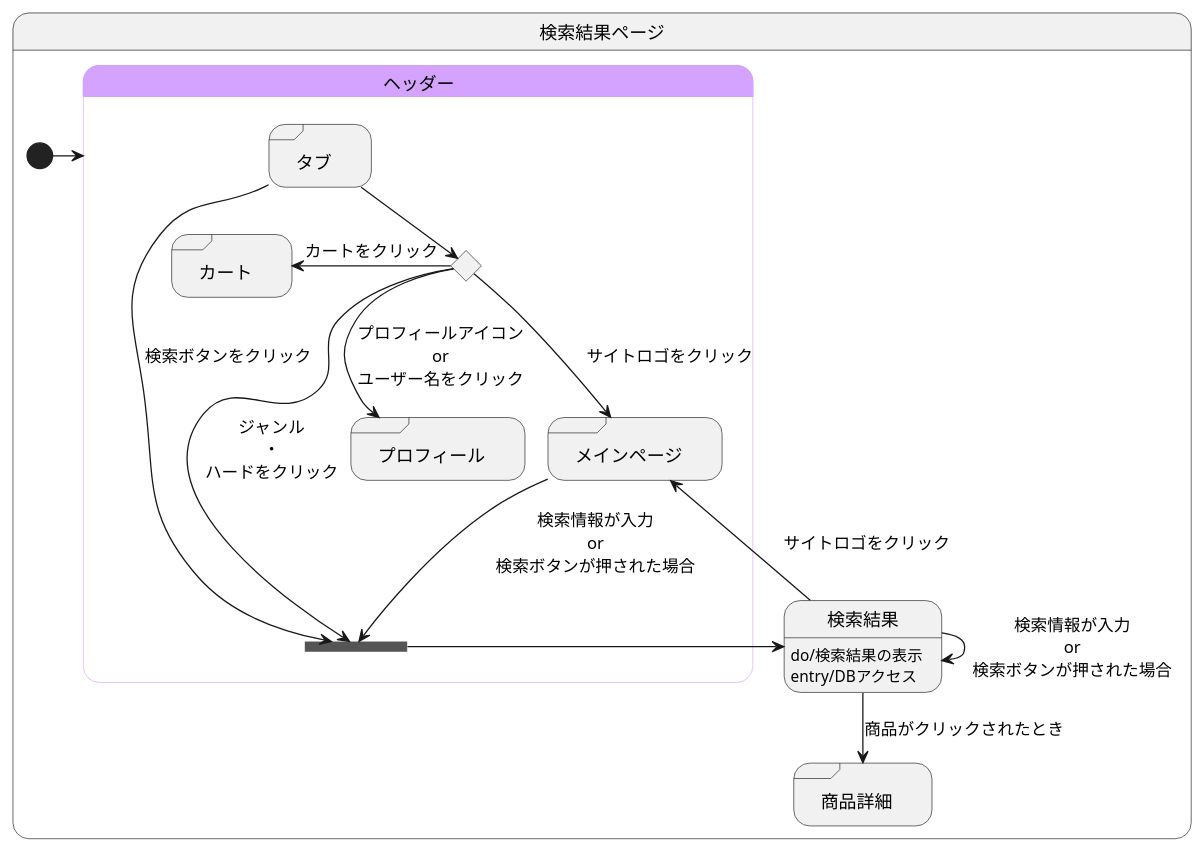
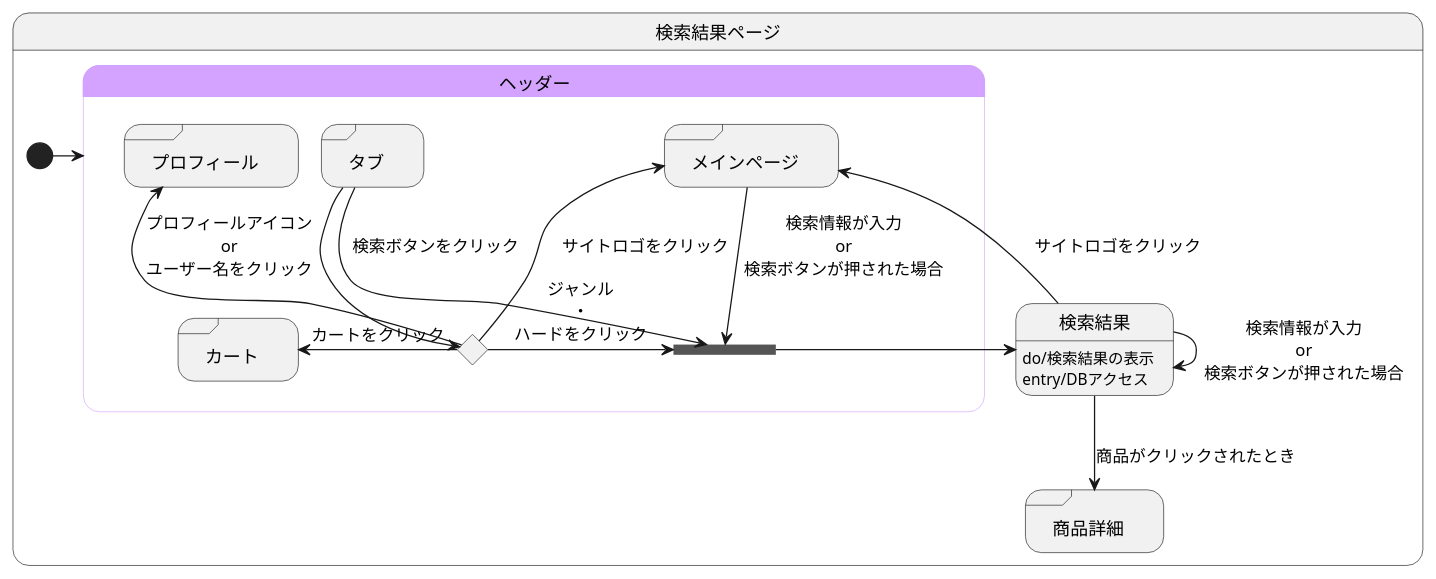
One commit to akutori/T-D-E changed the diagram in 検索結果.md. Above: the diagram before and after it, drawn with PlantUML.

Commit message:
位置の再修正

````diff
--- a/検索結果.md
+++ b/検索結果.md
@@ -1,45 +1,45 @@
 ```uml
 @startuml
 state 検索結果ページ{
 
 
     state 検索結果:do/検索結果の表示
     state 検索結果:entry/DBアクセス
     state "商品詳細" as goodsdetail <<sdlreceive>>
     
 
 
     [*] -> ヘッダー
     
     検索結果 --> goodsdetail :商品がクリックされたとき
     検索結果 --> 検索結果 :検索情報が入力\nor\n検索ボタンが押された場合
     
 
     state ヘッダー<<headder>>{
         state join_header <<join>>
         state ifinput <<choice>>
         state "タブ" as tab <<sdlreceive>>
         state "カート" as cart <<sdlreceive>>
         state "プロフィール" as profile <<sdlreceive>>
         state "メインページ" as mainpage <<sdlreceive>>
 
-        tab -> join_header :検索ボタンをクリック
+        tab --> join_header :検索ボタンをクリック
 
         tab --> ifinput 
         ifinput -left-> cart :カートをクリック
-        ifinput --> profile :プロフィールアイコン\nor\nユーザー名をクリック
-        ifinput --> mainpage :サイトロゴをクリック
+        ifinput -up-> profile :プロフィールアイコン\nor\nユーザー名をクリック
+        ifinput -left-> mainpage :サイトロゴをクリック
         ifinput -> join_header :ジャンル\n・\nハードをクリック
 
         mainpage --> join_header :検索情報が入力\nor\n検索ボタンが押された場合
         検索結果 --> mainpage :サイトロゴをクリック
         join_header -> 検索結果
     }
 
     skinparam stateBorderColor<<headder>> #d3a3ff
     state ヘッダー #d3a3ff
 
 }
 
 @enduml
 ```
````
